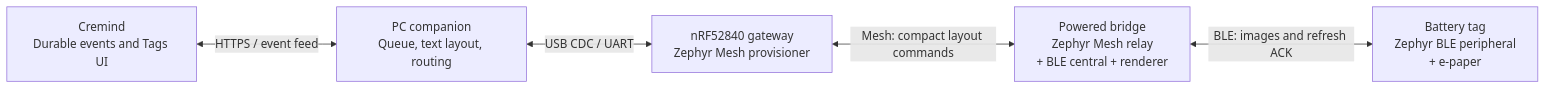
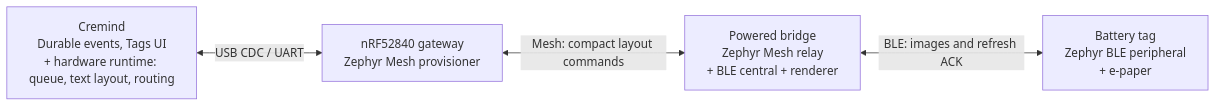
The diagram in docs/architecture.md (cremind-ai/cremind-tag), drawn with Mermaid before and after one commit. The commit also changed other lines of this file and 27 other files, not shown here.

````diff
--- a/docs/architecture.md
+++ b/docs/architecture.md
@@ -3,13 +3,11 @@
 ```mermaid
 flowchart LR
-    C["Cremind<br/>Durable events and Tags UI"]
-    P["PC companion<br/>Queue, text layout, routing"]
+    C["Cremind<br/>Durable events, Tags UI<br/>+ hardware runtime: queue, text layout, routing"]
     G["nRF52840 gateway<br/>Zephyr Mesh provisioner"]
     B["Powered bridge<br/>Zephyr Mesh relay<br/>+ BLE central + renderer"]
     T["Battery tag<br/>Zephyr BLE peripheral<br/>+ e-paper"]
 
-    C <-->|"HTTPS / event feed"| P
-    P <-->|"USB CDC / UART"| G
+    C <-->|"USB CDC / UART"| G
     G <-->|"Mesh: compact layout commands"| B
     B <-->|"BLE: images and refresh ACK"| T
 ```
````
